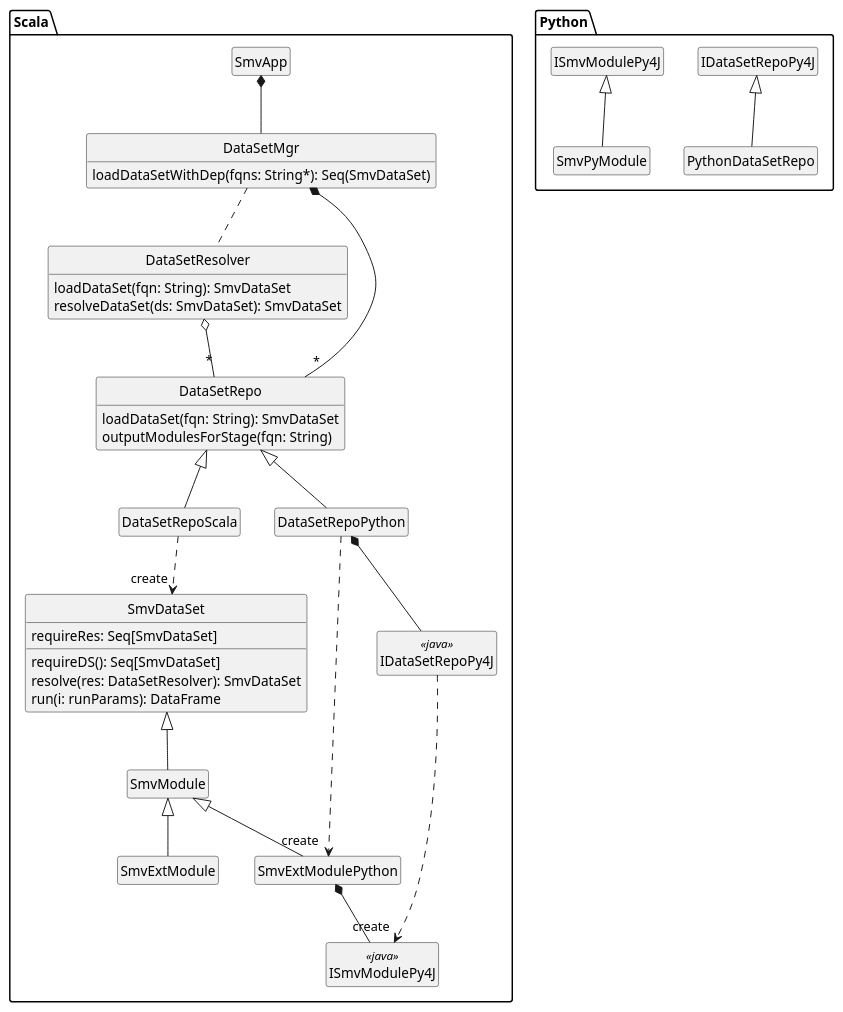
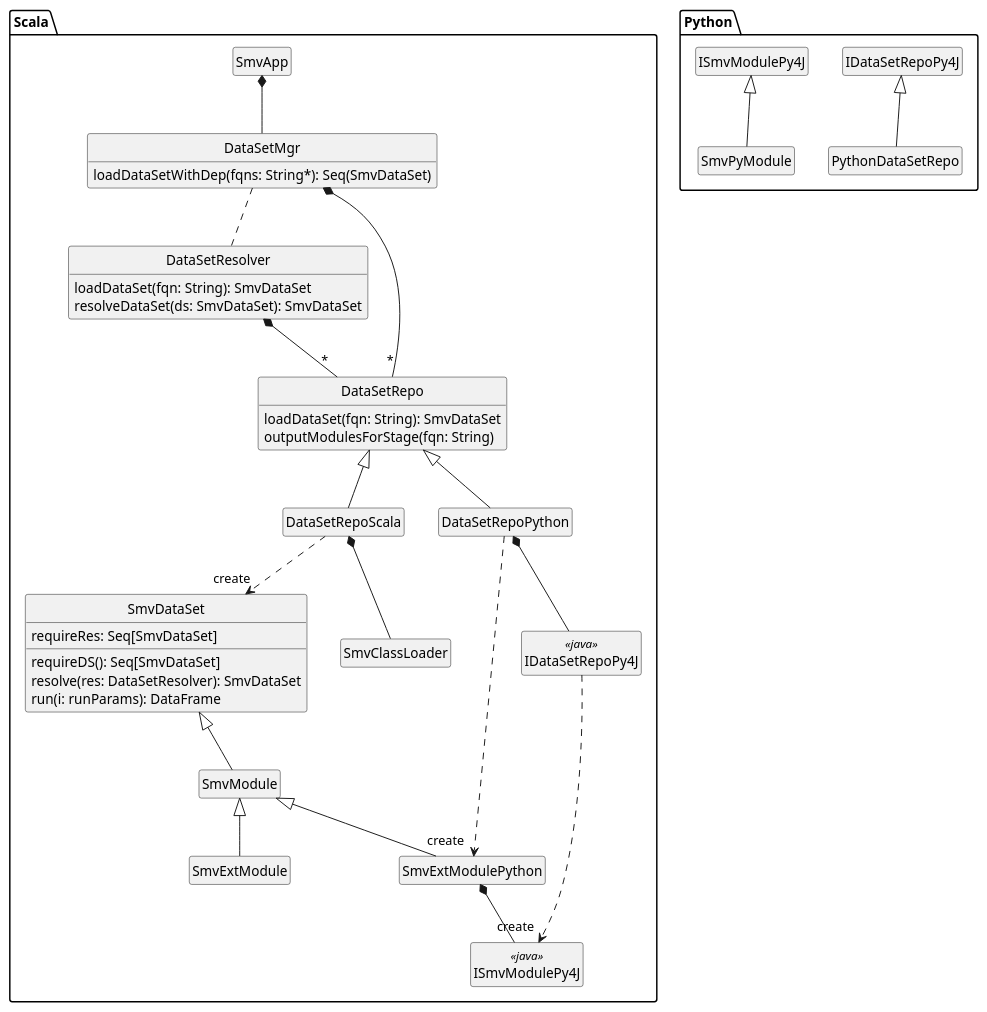
One commit to TresAmigosSD/SMV changed the diagram in docs/design/DataSetMgr/DataSetMgr_class.puml. Above: the diagram before and after it, drawn with PlantUML.

Commit message:
update DataSetMgr class diagram for ephemeral repos

```diff
--- a/docs/design/DataSetMgr/DataSetMgr_class.puml
+++ b/docs/design/DataSetMgr/DataSetMgr_class.puml
@@ -1,52 +1,53 @@
 @startuml
 
 hide empty methods
 hide empty fields
 hide circle
 
 package Scala {
   class SmvApp
   class DataSetMgr {
     loadDataSetWithDep(fqns: String*): Seq(SmvDataSet)
   }
   class DataSetResolver {
     loadDataSet(fqn: String): SmvDataSet
     resolveDataSet(ds: SmvDataSet): SmvDataSet
   }
   class DataSetRepo {
     loadDataSet(fqn: String): SmvDataSet
     outputModulesForStage(fqn: String)
   }
   together {
     class DataSetRepoScala extends DataSetRepo
     class DataSetRepoPython extends DataSetRepo
   }
   class IDataSetRepoPy4J <<java>>
   class SmvDataSet {
     requireDS(): Seq[SmvDataSet]
     resolve(res: DataSetResolver): SmvDataSet
     run(i: runParams): DataFrame
     requireRes: Seq[SmvDataSet]
   }
   class SmvModule extends SmvDataSet
   class SmvExtModule extends SmvModule
   class SmvExtModulePython extends SmvModule
   class ISmvModulePy4J <<java>>
 
   SmvApp *-- DataSetMgr
   DataSetMgr .. DataSetResolver
   DataSetMgr *-- "*" DataSetRepo
-  DataSetResolver o-- "*"   DataSetRepo
+  DataSetResolver *-- "*"   DataSetRepo
   DataSetRepoScala ..> "create " SmvDataSet
+  DataSetRepoScala *-- SmvClassLoader
   SmvExtModulePython *-- ISmvModulePy4J
   DataSetRepoPython *-- IDataSetRepoPy4J
   DataSetRepoPython ..> "create " SmvExtModulePython
   IDataSetRepoPy4J ..> "create " ISmvModulePy4J
 }
 
 package Python {
   class PythonDataSetRepo extends IDataSetRepoPy4J
   class SmvPyModule extends ISmvModulePy4J
 }
 
 @enduml
```
